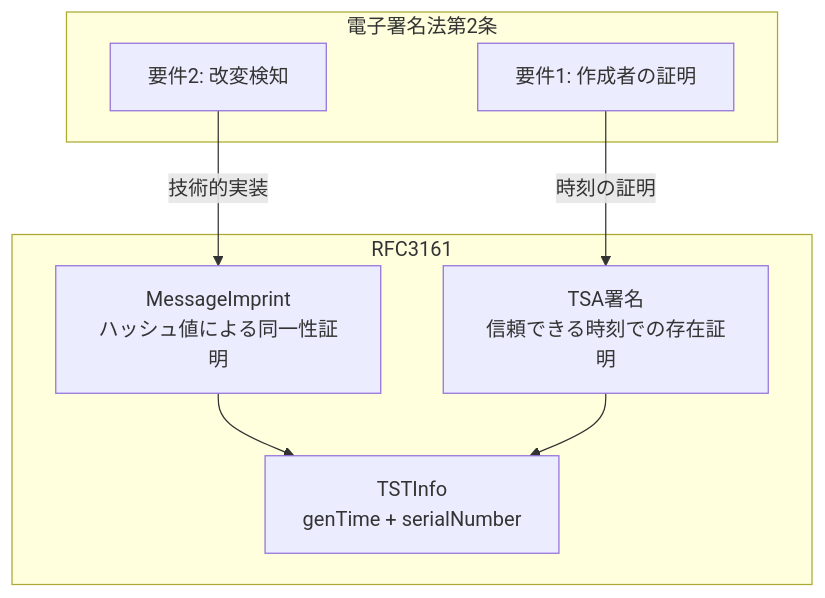
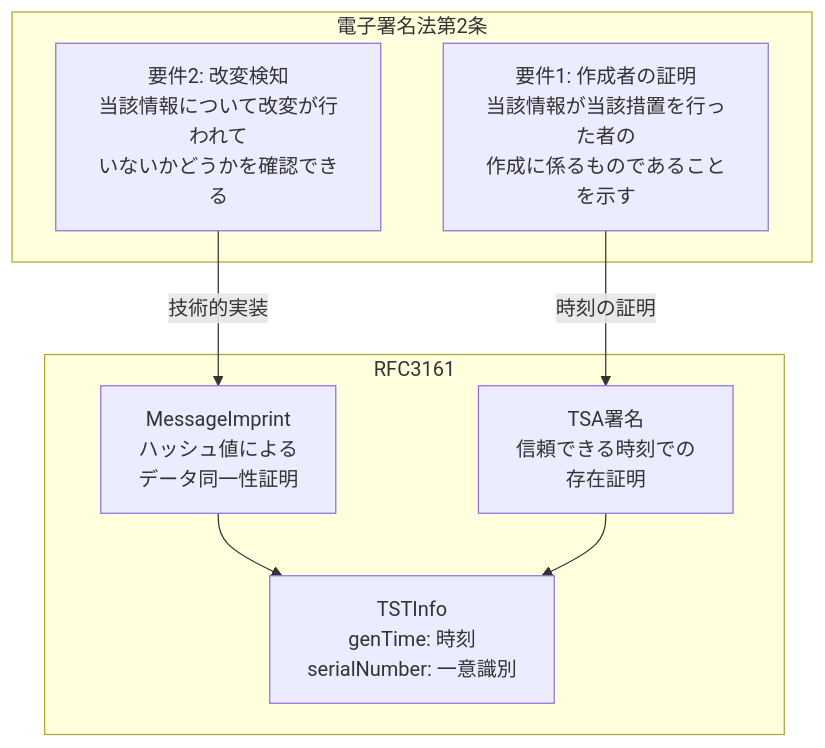
One commit to shuji-bonji/ai-agent-architecture changed diagram 13 of 15 in docs/02-reference-sources.md. Above: the diagram before and after it, drawn with Mermaid. The commit also changed other lines of this file and 2 other files, not shown here.

````diff
--- a/docs/02-reference-sources.md
+++ b/docs/02-reference-sources.md
@@ -131,18 +552,18 @@
 ```mermaid
 graph TB
     subgraph 電子署名法第2条
-        A1["要件1: 作成者の証明"]
-        A2["要件2: 改変検知"]
+        A1["要件1: 作成者の証明<br/>当該情報が当該措置を行った者の<br/>作成に係るものであることを示す"]
+        A2["要件2: 改変検知<br/>当該情報について改変が行われて<br/>いないかどうかを確認できる"]
     end
 
     subgraph RFC3161
-        B1["MessageImprint<br/>ハッシュ値による同一性証明"]
-        B2["TSA署名<br/>信頼できる時刻での存在証明"]
-        B3["TSTInfo<br/>genTime + serialNumber"]
+        B1["MessageImprint<br/>ハッシュ値による<br/>データ同一性証明"]
+        B2["TSA署名<br/>信頼できる時刻での<br/>存在証明"]
+        B3["TSTInfo<br/>genTime: 時刻<br/>serialNumber: 一意識別"]
     end
 
     A2 -->|技術的実装| B1
     A1 -->|時刻の証明| B2
     B1 --> B3
     B2 --> B3
 ```
````
